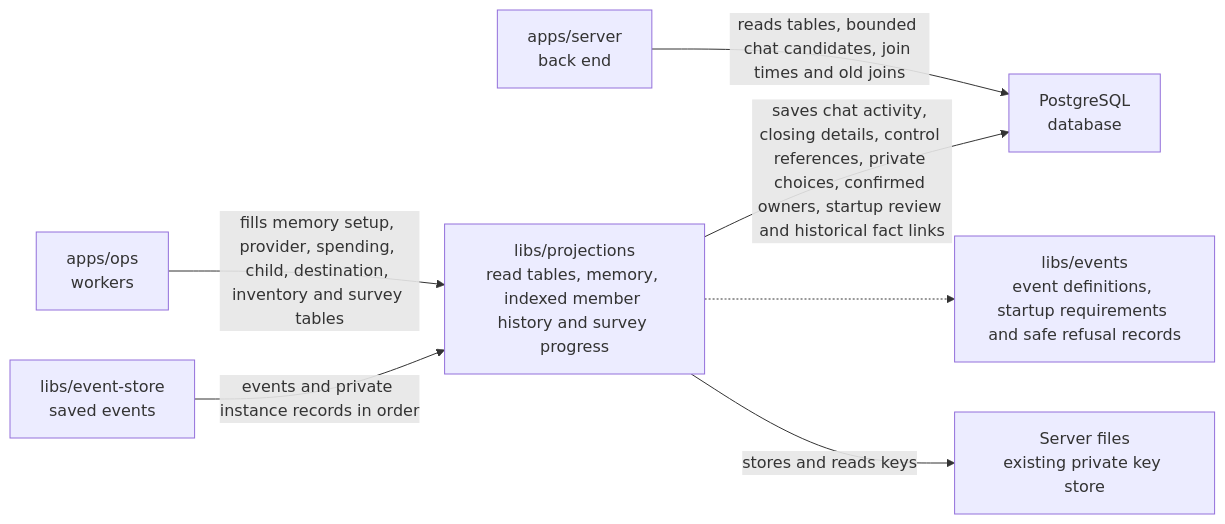
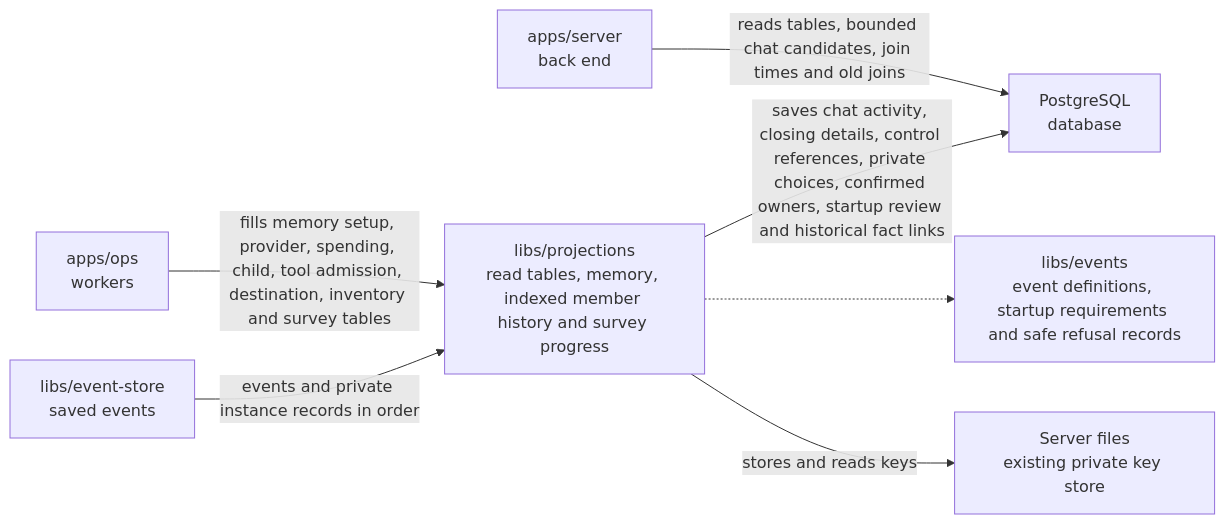
Before and after one commit to elewa-git/opencrane-new: the diagram in libs/projections/README.md, drawn with Mermaid. The commit also changed other lines of this file and 14 other files, not shown here.

````diff
--- a/libs/projections/README.md
+++ b/libs/projections/README.md
@@ -23,9 +23,9 @@
 ```mermaid
 flowchart LR
-  ops["apps/ops<br/>workers"] -->|fills memory setup, provider, spending, child, destination, inventory and survey tables| projections["libs/projections<br/>read tables, memory, indexed member history and survey progress"]
+  ops["apps/ops<br/>workers"] -->|fills memory setup, provider, spending, child, tool admission, destination, inventory and survey tables| projections["libs/projections<br/>read tables, memory, indexed member history and survey progress"]
   server["apps/server<br/>back end"] -->|reads tables, bounded chat candidates, join times and old joins| pg["PostgreSQL<br/>database"]
   projections -->|saves chat activity, closing details, control references, private choices, confirmed owners, startup review and historical fact links| pg
   store["libs/event-store<br/>saved events"] -->|events and private instance records in order| projections
   projections -.-> events["libs/events<br/>event definitions, startup requirements and safe refusal records"]
   projections -->|stores and reads keys| keys["Server files<br/>existing private key store"]
 ```
````
